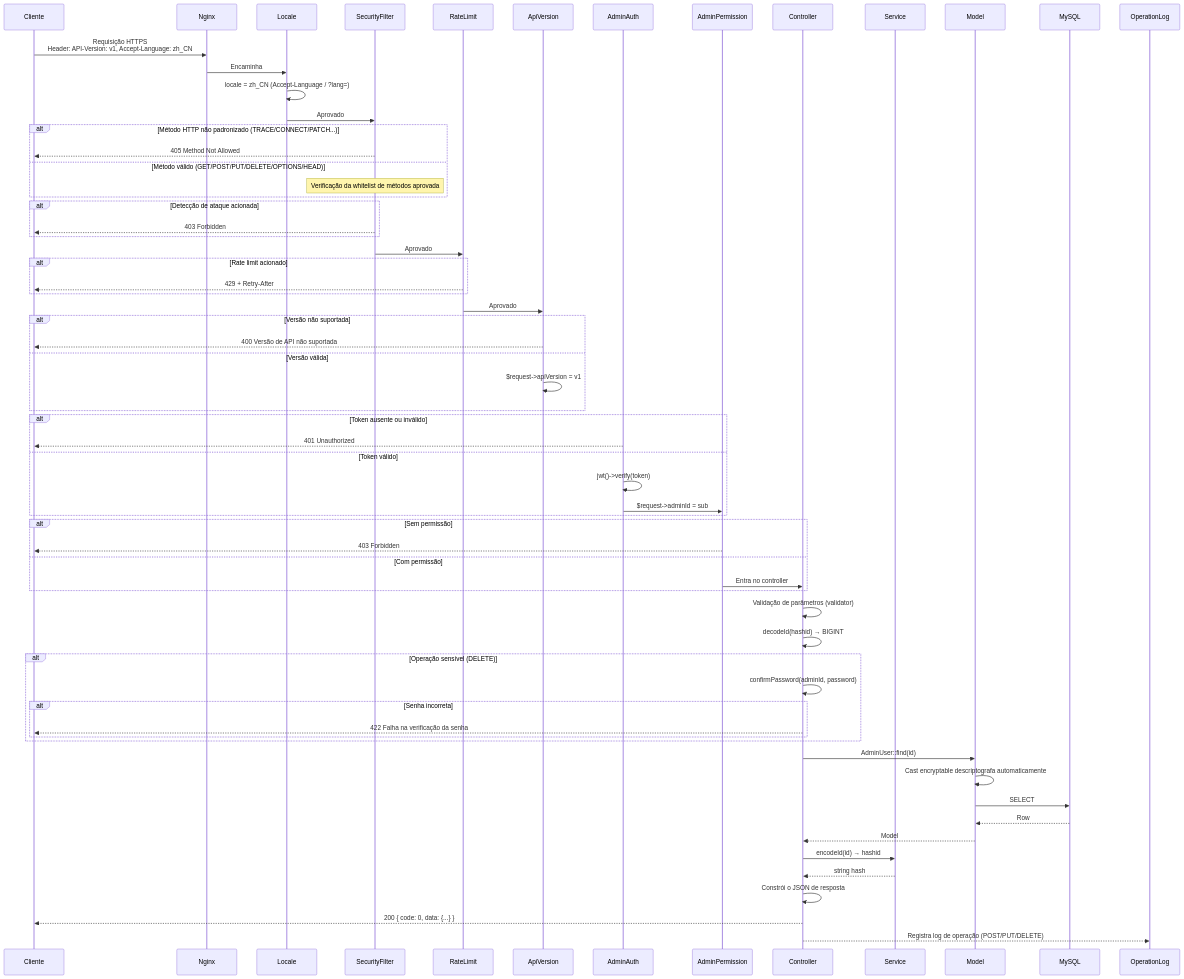
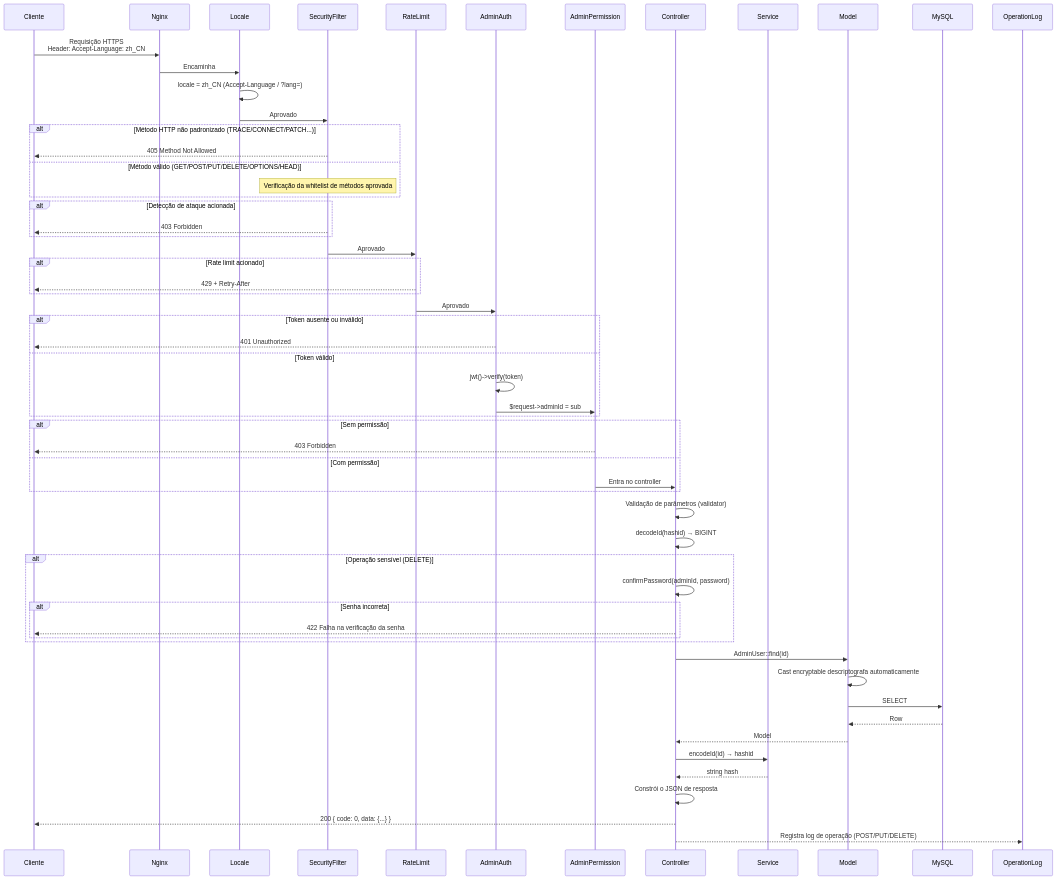
The third of 14 diagrams in admin/docs/ARCHITECTURE.pt.md (erikwang2013/integrated-global-logistics), drawn with Mermaid before and after one commit. The commit also changed other lines of this file and 147 other files, not shown here.

First line of the commit message:
feat(api): API 版本号移入 URL 路径（/api/v1），移除 API-Version 头机制

````diff
--- a/admin/docs/ARCHITECTURE.pt.md
+++ b/admin/docs/ARCHITECTURE.pt.md
@@ -147,82 +145,75 @@
 ```mermaid
 sequenceDiagram
     participant C as Cliente
     participant N as Nginx
     participant MW_LOC as Locale
     participant MW_SF as SecurityFilter
     participant MW_RL as RateLimit
-    participant MW0 as ApiVersion
     participant MW1 as AdminAuth
     participant MW2 as AdminPermission
     participant CTL as Controller
     participant SVC as Service
     participant MDL as Model
     participant DB as MySQL
     participant OPLOG as OperationLog
 
-    C->>N: Requisição HTTPS<br/>Header: API-Version: v1, Accept-Language: zh_CN
+    C->>N: Requisição HTTPS<br/>Header: Accept-Language: zh_CN
     N->>MW_LOC: Encaminha
 
     MW_LOC->>MW_LOC: locale = zh_CN (Accept-Language / ?lang=)
     MW_LOC->>MW_SF: Aprovado
 
     alt Método HTTP não padronizado (TRACE/CONNECT/PATCH...)
         MW_SF-->>C: 405 Method Not Allowed
     else Método válido (GET/POST/PUT/DELETE/OPTIONS/HEAD)
         Note over MW_SF: Verificação da whitelist de métodos aprovada
     end
 
     alt Detecção de ataque acionada
         MW_SF-->>C: 403 Forbidden
     end
 
     MW_SF->>MW_RL: Aprovado
 
     alt Rate limit acionado
         MW_RL-->>C: 429 + Retry-After
     end
 
-    MW_RL->>MW0: Aprovado
-
-    alt Versão não suportada
-        MW0-->>C: 400 Versão de API não suportada
-    else Versão válida
-        MW0->>MW0: $request->apiVersion = v1
-    end
+    MW_RL->>MW1: Aprovado
 
     alt Token ausente ou inválido
         MW1-->>C: 401 Unauthorized
     else Token válido
         MW1->>MW1: jwt()->verify(token)
         MW1->>MW2: $request->adminId = sub
     end
 
     alt Sem permissão
         MW2-->>C: 403 Forbidden
     else Com permissão
         MW2->>CTL: Entra no controller
     end
 
     CTL->>CTL: Validação de parâmetros (validator)
     CTL->>CTL: decodeId(hashid) → BIGINT
 
     alt Operação sensível (DELETE)
         CTL->>CTL: confirmPassword(adminId, password)
         alt Senha incorreta
             CTL-->>C: 422 Falha na verificação da senha
         end
     end
 
     CTL->>MDL: AdminUser::find(id)
     MDL->>MDL: Cast encryptable descriptografa automaticamente
     MDL->>DB: SELECT
     DB-->>MDL: Row
     MDL-->>CTL: Model
 
     CTL->>SVC: encodeId(id) → hashid
     SVC-->>CTL: string hash
 
     CTL->>CTL: Constrói o JSON de resposta
     CTL-->>C: 200 { code: 0, data: {...} }
     CTL-->>OPLOG: Registra log de operação (POST/PUT/DELETE)
 ```
````
